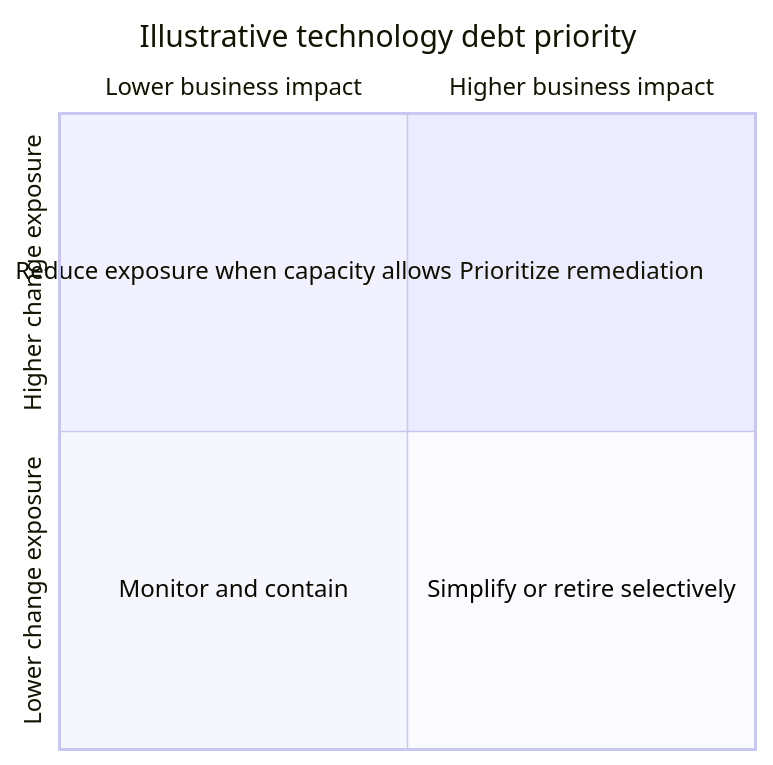
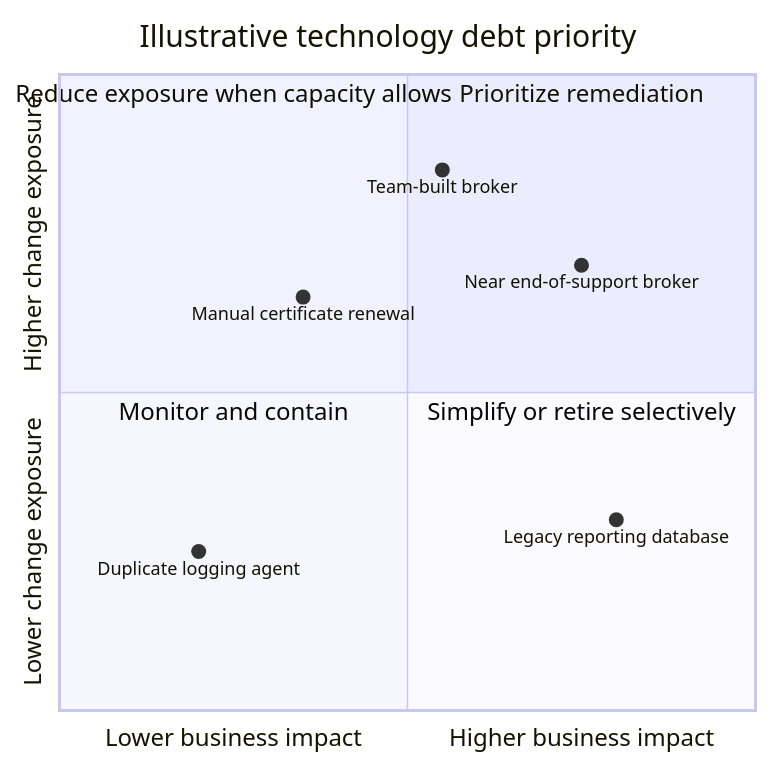
The seventh of 10 diagrams in 18_Enterprise_Architecture/CH07_Technology_Architecture.md (joydasss/Architect), drawn with Mermaid before and after one commit. The commit also changed other lines of this file and 22 other files, not shown here.

Commit message:
Architecture changes

````diff
--- a/18_Enterprise_Architecture/CH07_Technology_Architecture.md
+++ b/18_Enterprise_Architecture/CH07_Technology_Architecture.md
@@ -95,10 +365,15 @@
 ```mermaid
 quadrantChart
     title Illustrative technology debt priority
     x-axis Lower business impact --> Higher business impact
     y-axis Lower change exposure --> Higher change exposure
     quadrant-1 Prioritize remediation
     quadrant-2 Reduce exposure when capacity allows
     quadrant-3 Monitor and contain
     quadrant-4 Simplify or retire selectively
+    Team-built broker: [0.55, 0.85]
+    Near end-of-support broker: [0.75, 0.70]
+    Manual certificate renewal: [0.35, 0.65]
+    Duplicate logging agent: [0.20, 0.25]
+    Legacy reporting database: [0.80, 0.30]
 ```
````
